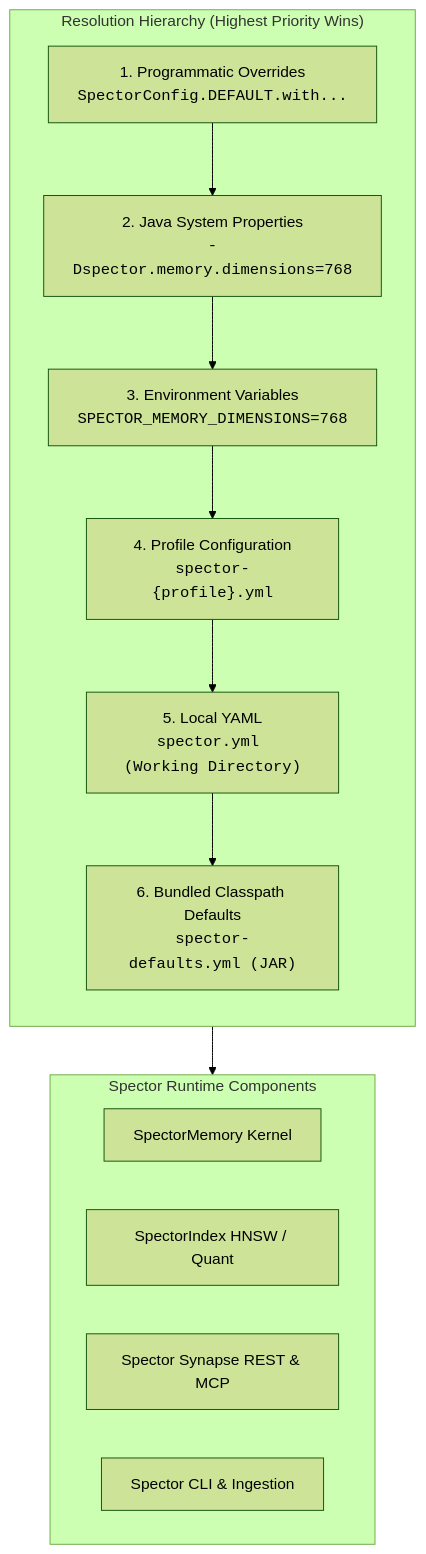
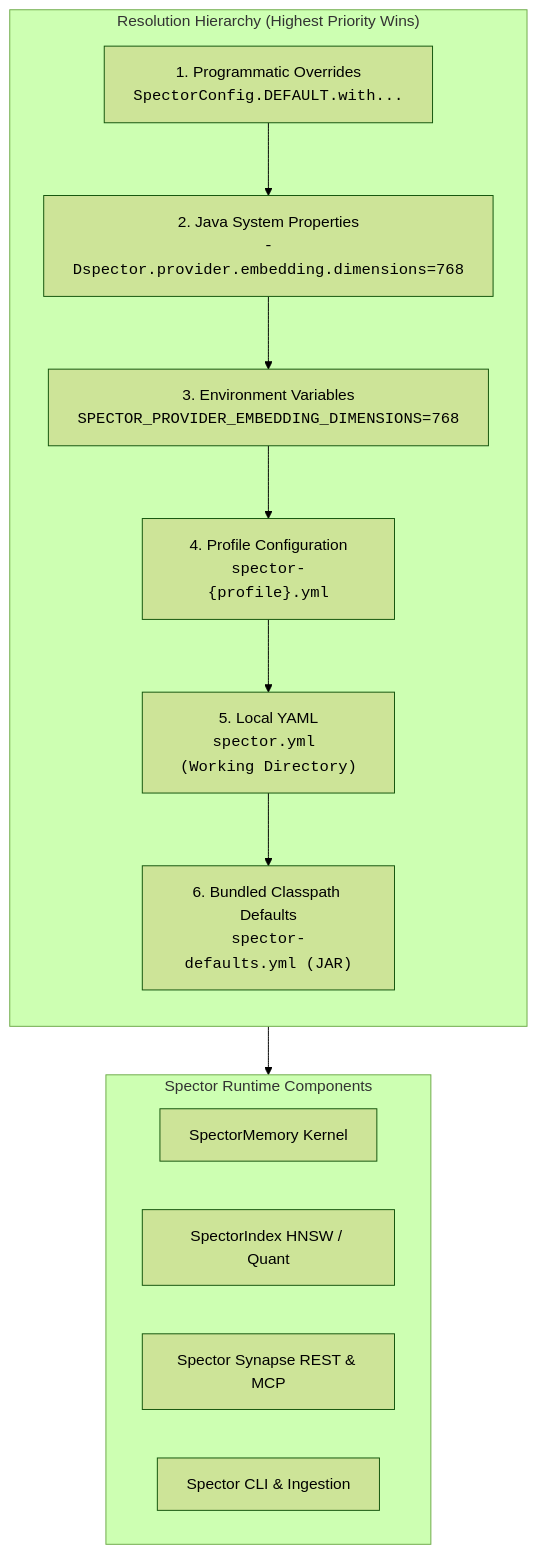
Before and after one commit to spectrayan/spector: the diagram in docs/configuration/index.md, drawn with Mermaid (forest theme). The commit also changed other lines of this file and 44 other files, not shown here.

First line of the commit message:
feat: per-namespace embedding provider resolution (groups 1-6) (#989)

````diff
--- a/docs/configuration/index.md
+++ b/docs/configuration/index.md
@@ -57,27 +57,27 @@
 ```mermaid
 flowchart TD
     subgraph Resolution["Resolution Hierarchy (Highest Priority Wins)"]
         direction TB
         L1["1. Programmatic Overrides<br/><code>SpectorConfig.DEFAULT.with...</code>"]
-        L2["2. Java System Properties<br/><code>-Dspector.memory.dimensions=768</code>"]
-        L3["3. Environment Variables<br/><code>SPECTOR_MEMORY_DIMENSIONS=768</code>"]
+        L2["2. Java System Properties<br/><code>-Dspector.provider.embedding.dimensions=768</code>"]
+        L3["3. Environment Variables<br/><code>SPECTOR_PROVIDER_EMBEDDING_DIMENSIONS=768</code>"]
         L4["4. Profile Configuration<br/><code>spector-{profile}.yml</code>"]
         L5["5. Local YAML<br/><code>spector.yml (Working Directory)</code>"]
         L6["6. Bundled Classpath Defaults<br/><code>spector-defaults.yml (JAR)</code>"]
     end
 
     L1 --> L2
     L2 --> L3
     L3 --> L4
     L4 --> L5
     L5 --> L6
 
     subgraph Consumer["Spector Runtime Components"]
         Engine["SpectorMemory Kernel"]
         Index["SpectorIndex HNSW / Quant"]
         Synapse["Spector Synapse REST & MCP"]
         CLI["Spector CLI & Ingestion"]
     end
 
     Resolution --> Consumer
 ```
````
